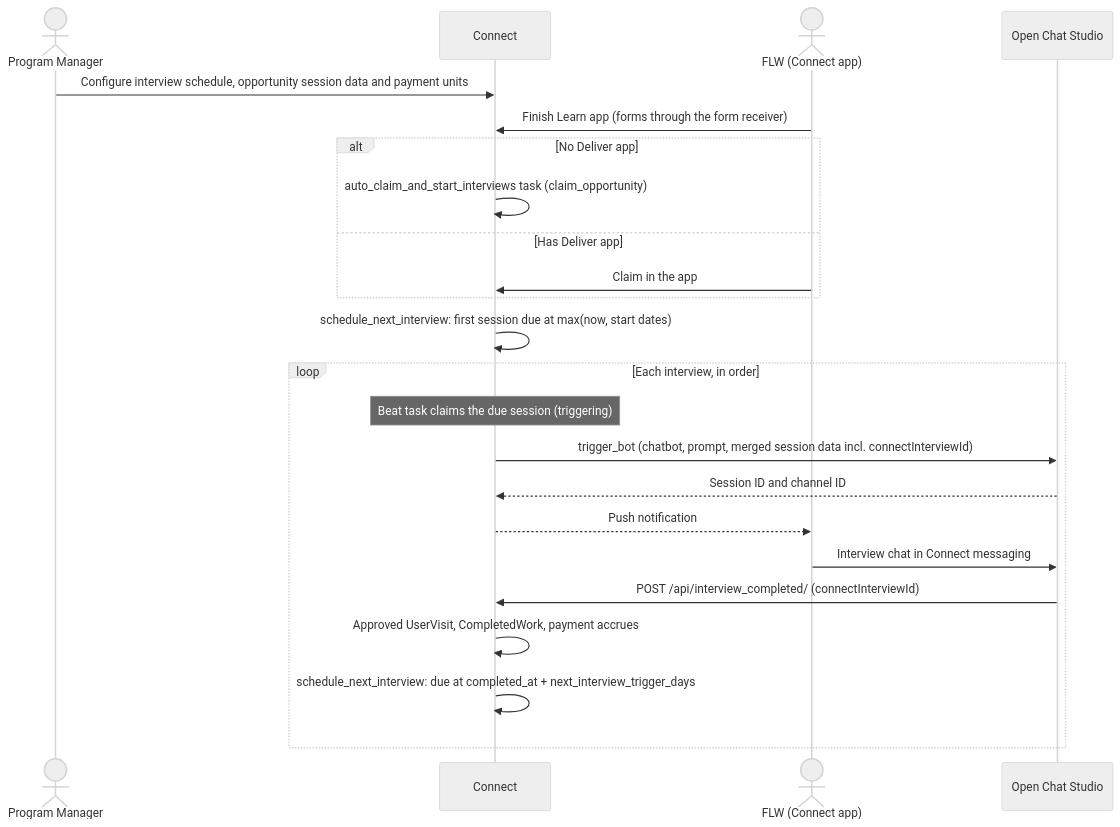
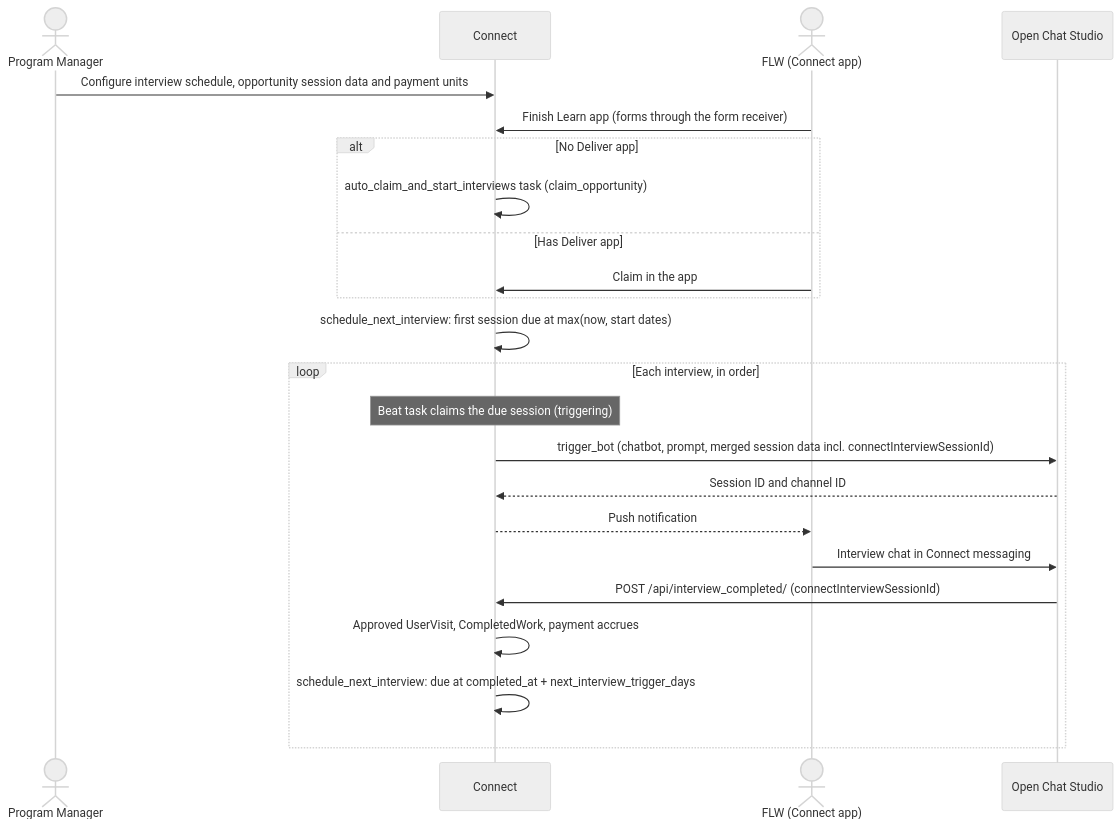
One commit to dimagi/commcare-connect changed the diagram in outputs/CCCT-2861-spec-doc.md. Above: the diagram before and after it, drawn with Mermaid (neutral theme). The commit also changed other lines of this file, not shown here.

Commit message:
Rename connectInterviewId to connectInterviewSessionId in spec

````diff
--- a/outputs/CCCT-2861-spec-doc.md
+++ b/outputs/CCCT-2861-spec-doc.md
@@ -43,26 +43,26 @@
 ```mermaid
 sequenceDiagram
     actor PM as Program Manager
     participant C as Connect
     actor FLW as FLW (Connect app)
     participant OCS as Open Chat Studio
 
     PM->>C: Configure interview schedule, opportunity session data and payment units
     FLW->>C: Finish Learn app (forms through the form receiver)
     alt No Deliver app
         C->>C: auto_claim_and_start_interviews task (claim_opportunity)
     else Has Deliver app
         FLW->>C: Claim in the app
     end
     C->>C: schedule_next_interview: first session due at max(now, start dates)
     loop Each interview, in order
         Note over C: Beat task claims the due session (triggering)
-        C->>OCS: trigger_bot (chatbot, prompt, merged session data incl. connectInterviewId)
+        C->>OCS: trigger_bot (chatbot, prompt, merged session data incl. connectInterviewSessionId)
         OCS-->>C: Session ID and channel ID
         C-->>FLW: Push notification
         FLW->>OCS: Interview chat in Connect messaging
-        OCS->>C: POST /api/interview_completed/ (connectInterviewId)
+        OCS->>C: POST /api/interview_completed/ (connectInterviewSessionId)
         C->>C: Approved UserVisit, CompletedWork, payment accrues
         C->>C: schedule_next_interview: due at completed_at + next_interview_trigger_days
     end
 ```
````
